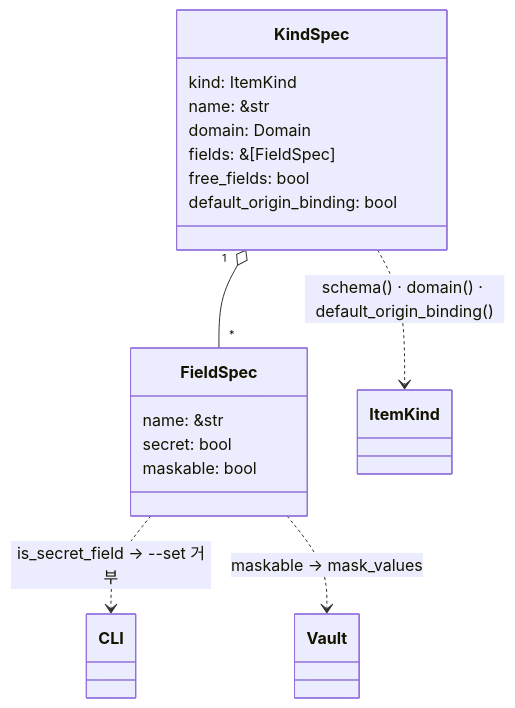
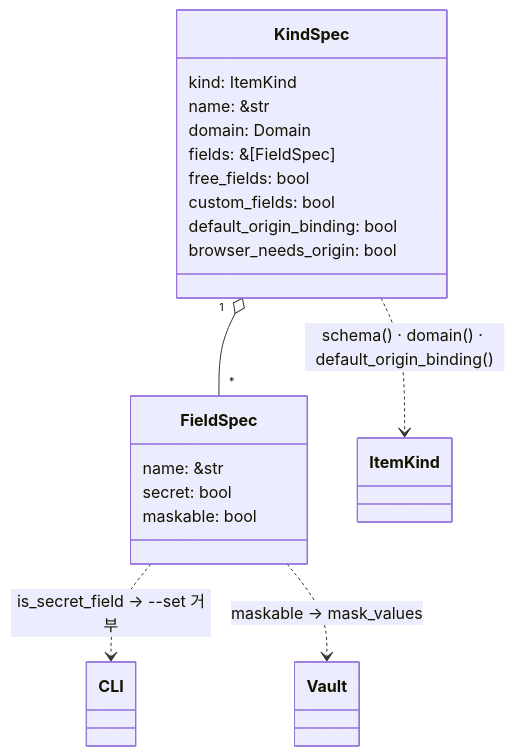
One commit to LeeSwallow/KeyHarbor changed diagram 15 of 17 in docs/design/02-system-architecture.md. Above: the diagram before and after it, drawn with Mermaid. The commit also changed other lines of this file and 58 other files, not shown here.

First line of the commit message:
feat(vault): add custom fields to every kind, the credential kind and credential templates (#208)

````diff
--- a/docs/design/02-system-architecture.md
+++ b/docs/design/02-system-architecture.md
@@ -523,20 +526,22 @@
 ```mermaid
 classDiagram
   class KindSpec {
     kind: ItemKind
     name: &str
     domain: Domain
     fields: &[FieldSpec]
     free_fields: bool
+    custom_fields: bool
     default_origin_binding: bool
+    browser_needs_origin: bool
   }
   class FieldSpec {
     name: &str
     secret: bool
     maskable: bool
   }
   KindSpec "1" o-- "*" FieldSpec
   KindSpec ..> ItemKind : schema() · domain() · default_origin_binding()
   FieldSpec ..> CLI : is_secret_field → --set 거부
   FieldSpec ..> Vault : maskable → mask_values
 ```
````
